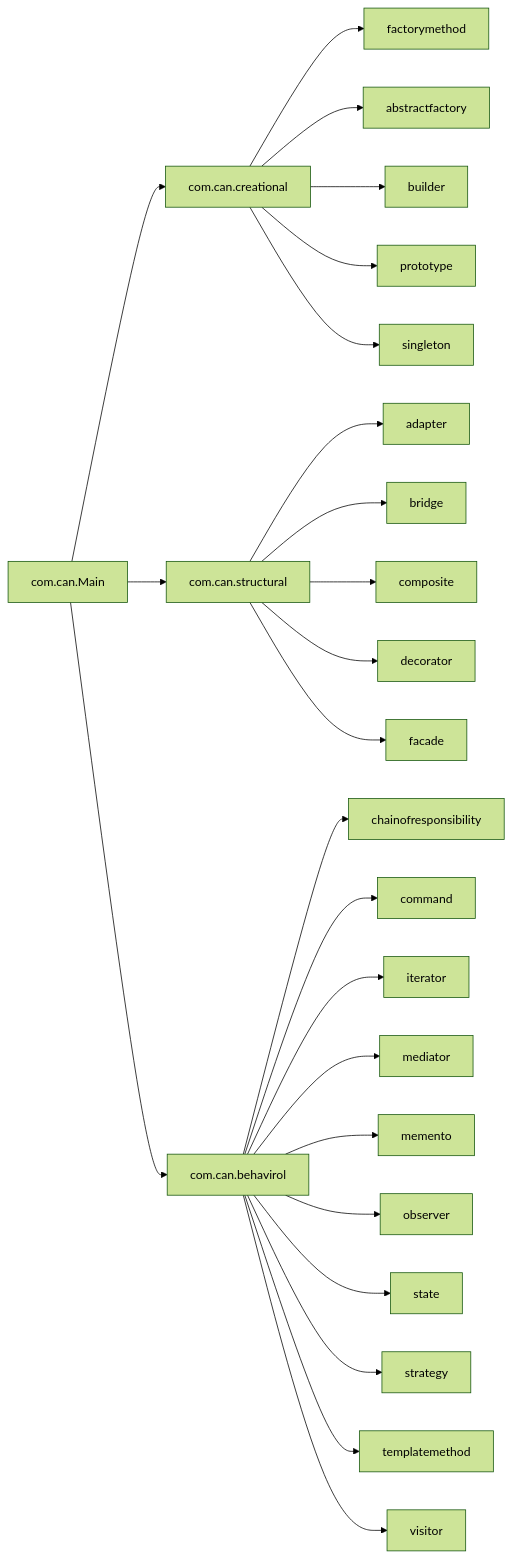
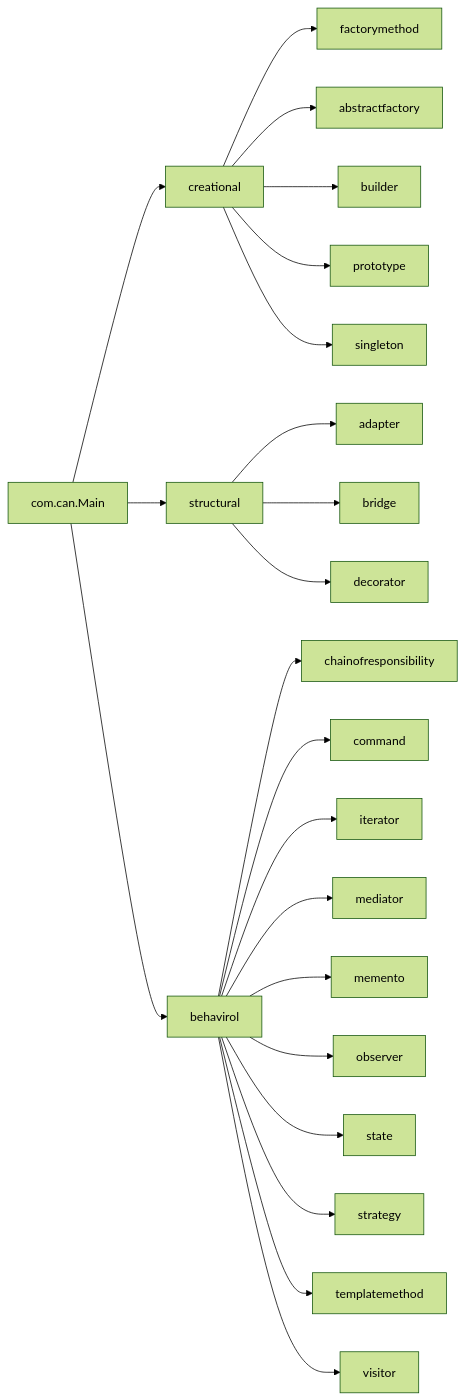
Before and after one commit to TunahanCan/design_pattern: the second of 14 diagrams in BOOK.md, drawn with Mermaid (forest theme). The commit also changed other lines of this file, not shown here.

Commit message:
docs: expand BOOK with engineer-focused explanations and diagrams

````diff
--- a/BOOK.md
+++ b/BOOK.md
@@ -102,29 +84,27 @@
 ```mermaid
 flowchart LR
-    MAIN[com.can.Main] --> C[com.can.creational]
-    MAIN --> S[com.can.structural]
-    MAIN --> B[com.can.behavirol]
+    MAIN[com.can.Main] --> C[creational]
+    MAIN --> S[structural]
+    MAIN --> B[behavirol]
 
     C --> CFM[factorymethod]
     C --> CAF[abstractfactory]
     C --> CBU[builder]
     C --> CPR[prototype]
     C --> CSI[singleton]
 
     S --> SAD[adapter]
     S --> SBR[bridge]
-    S --> SCO[composite]
     S --> SDE[decorator]
-    S --> SFA[facade]
 
     B --> BCO[chainofresponsibility]
     B --> BCM[command]
     B --> BIT[iterator]
     B --> BME[mediator]
     B --> BMM[memento]
     B --> BOB[observer]
     B --> BST[state]
     B --> BSG[strategy]
     B --> BTM[templatemethod]
     B --> BVI[visitor]
 ```
````
